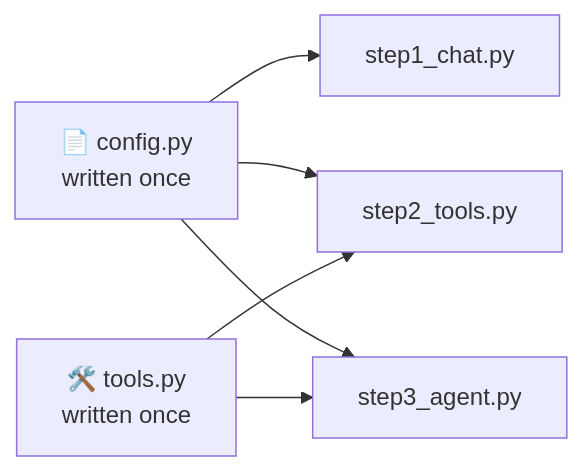
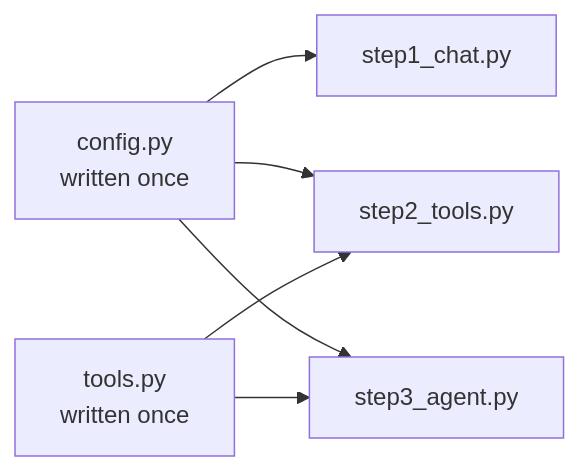
Before and after one commit to anandgaur22/ai-agent-python-demo: the ninth of 36 diagrams in README.md, drawn with Mermaid. The commit also changed other lines of this file, not shown here.

````diff
--- a/README.md
+++ b/README.md
@@ -379,8 +377,8 @@
 ```mermaid
 flowchart LR
-  CFG["📄 config.py<br/>written once"] --> S1["step1_chat.py"]
+  CFG["config.py<br/>written once"] --> S1["step1_chat.py"]
   CFG --> S2["step2_tools.py"]
   CFG --> S3["step3_agent.py"]
-  TL["🛠️ tools.py<br/>written once"] --> S2
+  TL["tools.py<br/>written once"] --> S2
   TL --> S3
 ```
````
